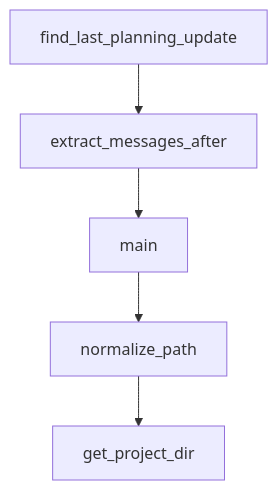
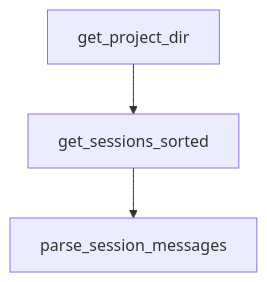
The diagram in tutorials/planning-with-files-tutorial/07-troubleshooting-anti-patterns-and-safety-checks.md (johnxie/awesome-code-docs), drawn with Mermaid before and after one commit. The commit also changed other lines of this file and 1232 other files, not shown here.

````diff
--- a/tutorials/planning-with-files-tutorial/07-troubleshooting-anti-patterns-and-safety-checks.md
+++ b/tutorials/planning-with-files-tutorial/07-troubleshooting-anti-patterns-and-safety-checks.md
@@ -219,12 +176,8 @@
 ```mermaid
 flowchart TD
-    A[find_last_planning_update]
-    B[extract_messages_after]
-    C[main]
-    D[normalize_path]
-    E[get_project_dir]
+    A[get_project_dir]
+    B[get_sessions_sorted]
+    C[parse_session_messages]
     A --> B
     B --> C
-    C --> D
-    D --> E
 ```
````
